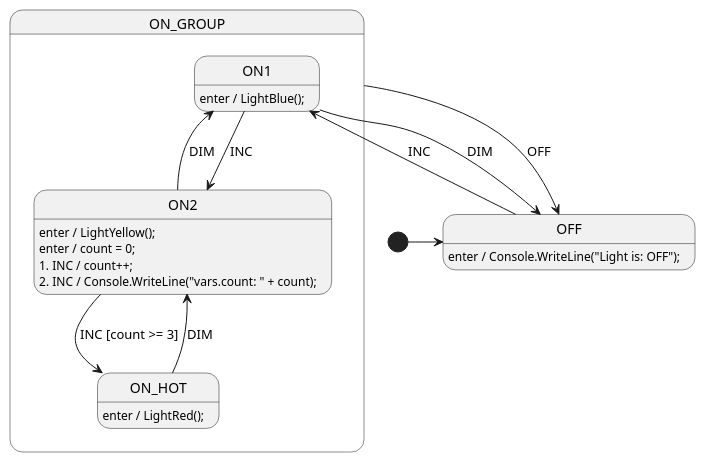
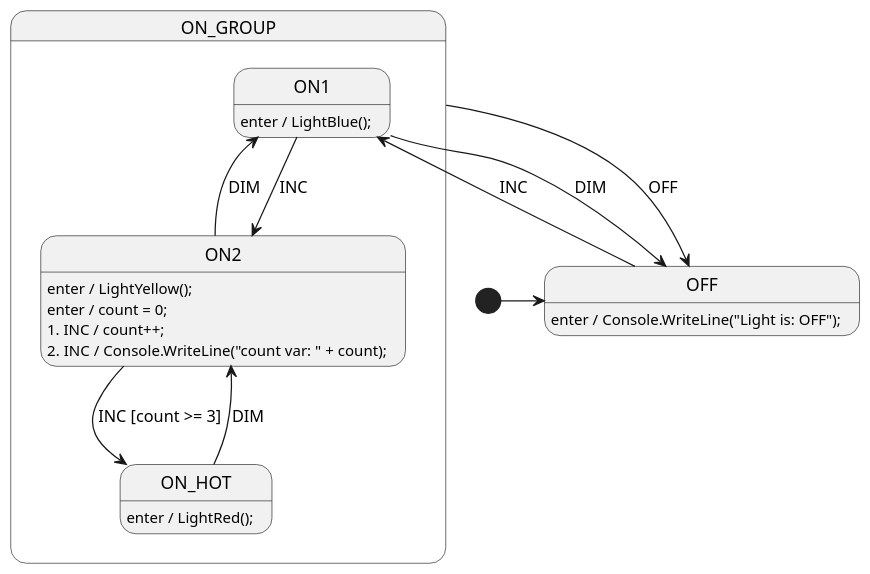
The diagram in lesson-4/csharp/LightSm.plantuml (StateSmith/tutorial-3), drawn with PlantUML before and after one commit. The commit also changed 37 other files, not shown here.

Commit message:
update ss.cli and print `count var:`

```diff
--- a/lesson-4/csharp/LightSm.plantuml
+++ b/lesson-4/csharp/LightSm.plantuml
@@ -1,56 +1,57 @@
 @startuml LightSm
+scale 1.25
 
 ' //////////////////////// STATE ORGANIZATION ///////////////////////
 ' Note: StateSmith treats state names and events as case insensitive.
 ' More info: https://github.com/StateSmith/StateSmith/wiki/PlantUML
 
 state OFF
 state ON_GROUP {
     state ON1
     state ON2
     state ON_HOT
 }
 
 [*] -> OFF
 
 ' ///////////////////////// STATE HANDLERS /////////////////////////
 ' Syntax: https://github.com/StateSmith/StateSmith/wiki/Behaviors
 
 OFF: enter / Console.WriteLine("Light is: OFF");
 OFF --> ON1: INC
 
 ON_GROUP --> OFF : OFF
 
 ON1: enter / LightBlue();
 ON1 --> ON2: INC
 ON1 --> OFF: DIM
 
 ON2: enter / LightYellow();
 ON2: enter / count = 0;
 ON2: 1. INC / count++;
-ON2: 2. INC / Console.WriteLine("vars.count: " + count);
+ON2: 2. INC / Console.WriteLine("count var: " + count);
 ON2 --> ON_HOT: INC [count >= 3]
 ON2 --> ON1: DIM
 
 ON_HOT: enter / LightRed();
 ON_HOT --> ON2: DIM
 
 
 ' //////////////////////// StateSmith config ////////////////////////
 ' The below special comment block sets the StateSmith configuration.
 ' More info: https://github.com/StateSmith/StateSmith/issues/335
 
 /'! $CONFIG : toml
 SmRunnerSettings.transpilerId = "CSharp"
 
 [RenderConfig.CSharp]
 NameSpace = "LightController"
 Usings = """
     using System;
     """
 BaseList = "LightSmBase"
 # UseNullable = false
 UsePartialClass = false
 
 '/
 @enduml
```
